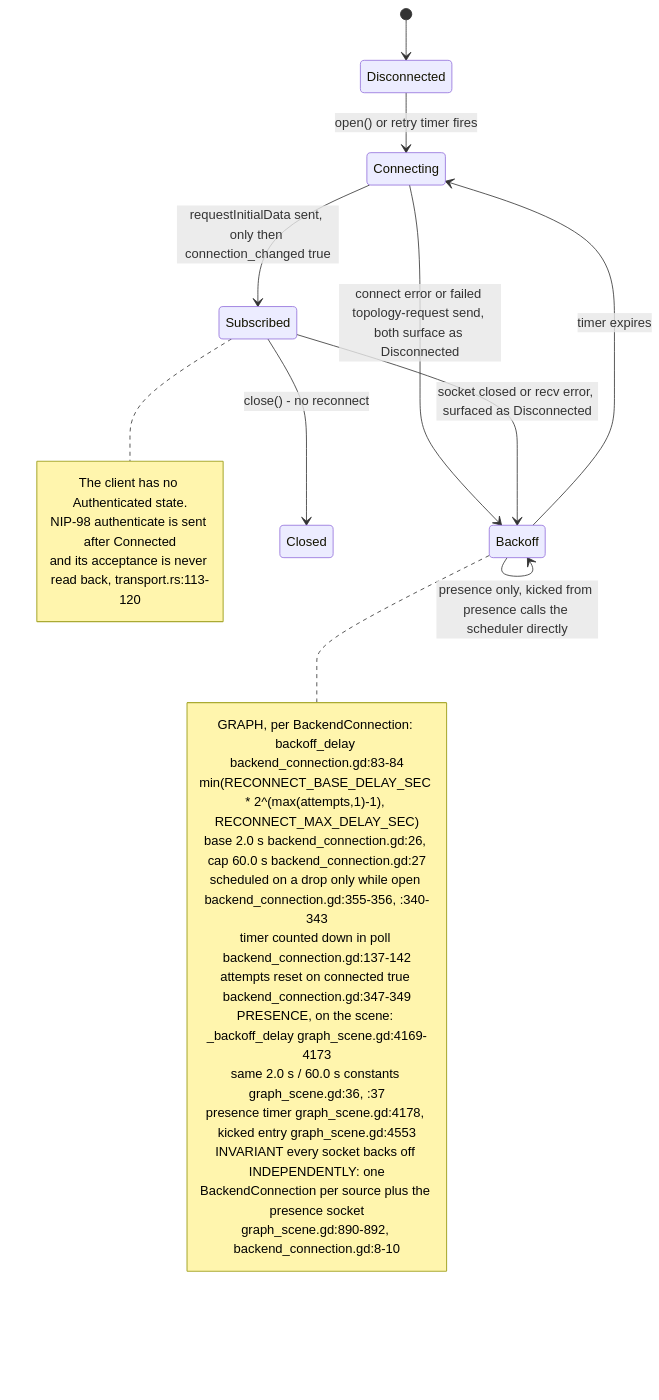
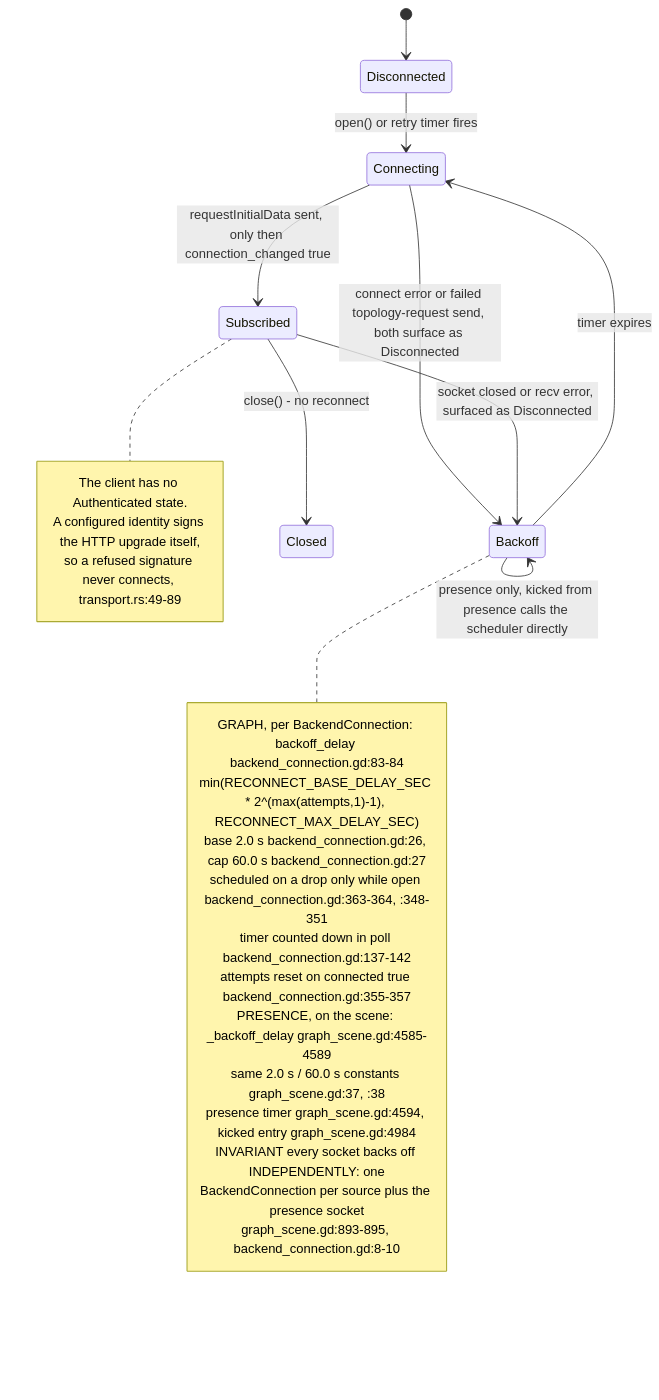
The fourth of 29 diagrams in docs/diagrams/visionclaw/36-godot-xr-client.md (DreamLab-AI/VisionFlow), drawn with Mermaid before and after one commit. The commit also changed other lines of this file and 56 other files, not shown here.

First line of the commit message:
docs(diagrams): re-verify VisionClaw topics at ec785afa9, add VC-19/56/57 and the VisionClaw register

````diff
--- a/docs/diagrams/visionclaw/36-godot-xr-client.md
+++ b/docs/diagrams/visionclaw/36-godot-xr-client.md
@@ -263,30 +280,30 @@
 ```mermaid
 stateDiagram-v2
     [*] --> Disconnected
     Disconnected --> Connecting: open() or retry timer fires
     Connecting --> Backoff: connect error or failed topology-request send, both surface as Disconnected
     Connecting --> Subscribed: requestInitialData sent, only then connection_changed true
     Subscribed --> Backoff: socket closed or recv error, surfaced as Disconnected
     Backoff --> Connecting: timer expires
     Backoff --> Backoff: presence only, kicked from presence calls the scheduler directly
     Subscribed --> Closed: close() - no reconnect
     note right of Subscribed
         The client has no Authenticated state.
-        NIP-98 authenticate is sent after Connected
-        and its acceptance is never read back, transport.rs:113-120
+        A configured identity signs the HTTP upgrade itself,
+        so a refused signature never connects, transport.rs:49-89
     end note
     note right of Backoff
         GRAPH, per BackendConnection: backoff_delay backend_connection.gd:83-84
         min(RECONNECT_BASE_DELAY_SEC * 2^(max(attempts,1)-1), RECONNECT_MAX_DELAY_SEC)
         base 2.0 s backend_connection.gd:26, cap 60.0 s backend_connection.gd:27
-        scheduled on a drop only while open backend_connection.gd:355-356, :340-343
+        scheduled on a drop only while open backend_connection.gd:363-364, :348-351
         timer counted down in poll backend_connection.gd:137-142
-        attempts reset on connected true backend_connection.gd:347-349
-        PRESENCE, on the scene: _backoff_delay graph_scene.gd:4169-4173
-        same 2.0 s / 60.0 s constants graph_scene.gd:36, :37
-        presence timer graph_scene.gd:4178, kicked entry graph_scene.gd:4553
+        attempts reset on connected true backend_connection.gd:355-357
+        PRESENCE, on the scene: _backoff_delay graph_scene.gd:4585-4589
+        same 2.0 s / 60.0 s constants graph_scene.gd:37, :38
+        presence timer graph_scene.gd:4594, kicked entry graph_scene.gd:4984
         INVARIANT every socket backs off INDEPENDENTLY: one
         BackendConnection per source plus the presence socket
-        graph_scene.gd:890-892, backend_connection.gd:8-10
+        graph_scene.gd:893-895, backend_connection.gd:8-10
     end note
 ```
````
